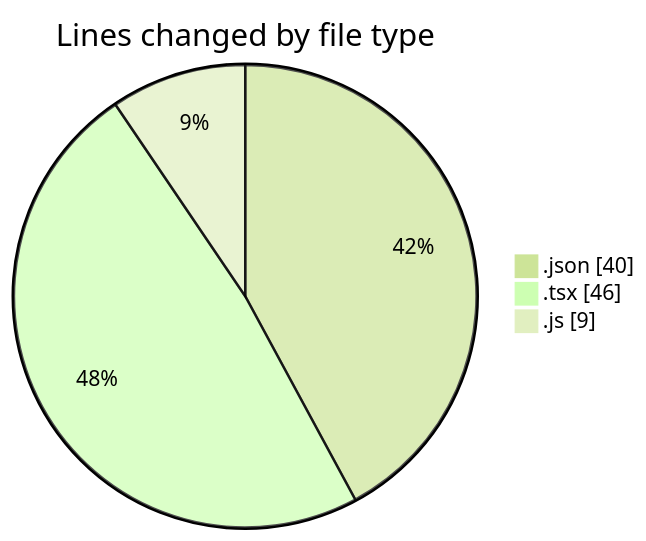
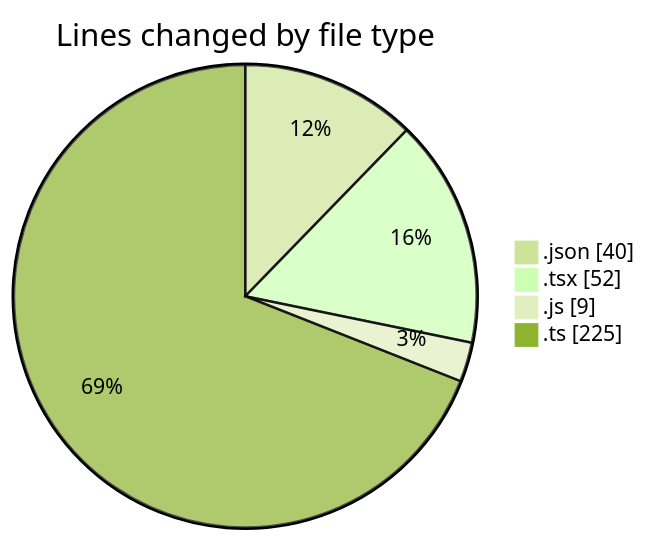
The first of 2 diagrams in 2025-03-06/song-sieve/README.md (momahboobian/code-tracking), drawn with Mermaid (forest theme) before and after one commit. The commit also changed other lines of this file and 1 other file, not shown here.

````diff
--- a/2025-03-06/song-sieve/README.md
+++ b/2025-03-06/song-sieve/README.md
@@ -24,7 +25,8 @@
 ```mermaid
 pie showData
 title Lines changed by file type
 ".json" : 40
-".tsx" : 46
+".tsx" : 52
 ".js" : 9
+".ts" : 225
 ```
````
